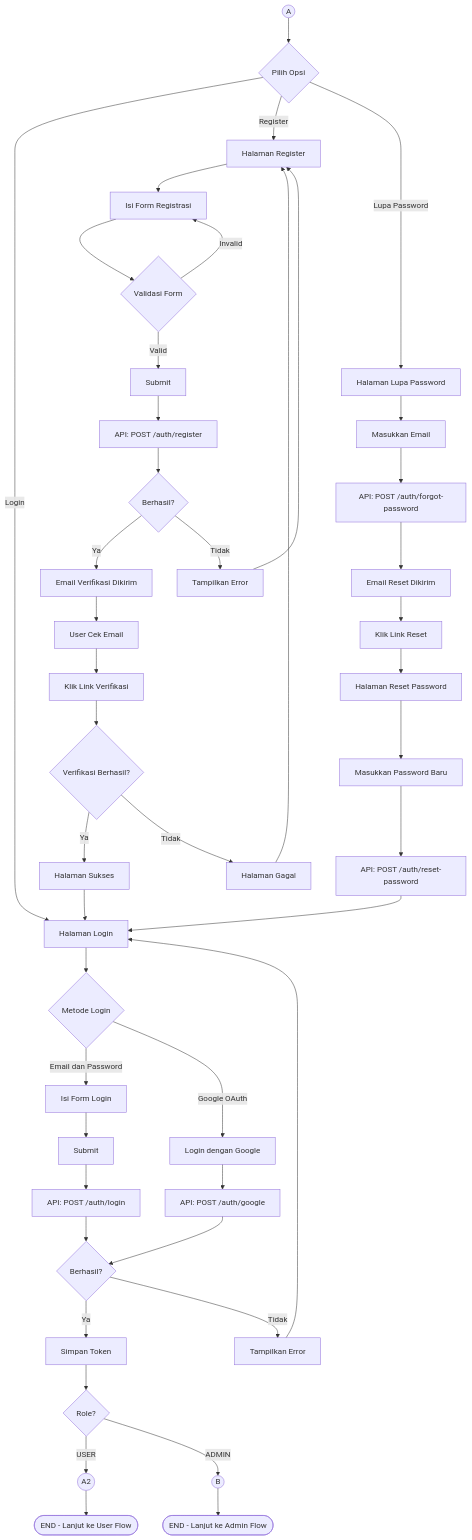
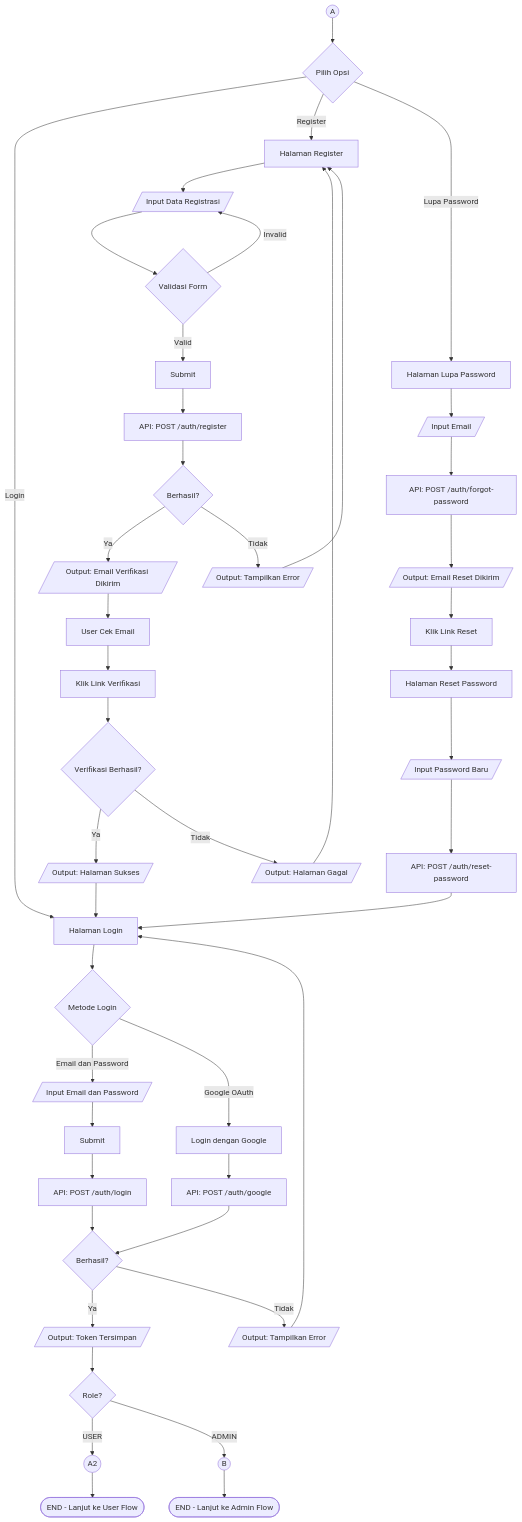
The second of 7 diagrams in FLOWCHART.md (Wannzh/greeceri-store-fe), drawn with Mermaid before and after one commit. The commit also changed other lines of this file and 9 other files, not shown here.

Commit message:
Edit Flowchart

````diff
--- a/FLOWCHART.md
+++ b/FLOWCHART.md
@@ -40,61 +40,61 @@
 ```mermaid
 flowchart TD
     AUTH_START((A)) --> AUTH_PAGE{Pilih Opsi}
 
     AUTH_PAGE -->|Login| LOGIN[Halaman Login]
     AUTH_PAGE -->|Register| REGISTER[Halaman Register]
     AUTH_PAGE -->|Lupa Password| FORGOT[Halaman Lupa Password]
 
     %% Login Flow
     LOGIN --> LOGIN_METHOD{Metode Login}
-    LOGIN_METHOD -->|Email dan Password| LOGIN_FORM[Isi Form Login]
+    LOGIN_METHOD -->|Email dan Password| LOGIN_FORM[/Input Email dan Password/]
     LOGIN_METHOD -->|Google OAuth| GOOGLE[Login dengan Google]
 
     LOGIN_FORM --> LOGIN_SUBMIT[Submit]
     LOGIN_SUBMIT --> LOGIN_API["API: POST /auth/login"]
     LOGIN_API --> LOGIN_CHECK{Berhasil?}
 
-    LOGIN_CHECK -->|Ya| SAVE_TOKEN[Simpan Token]
-    LOGIN_CHECK -->|Tidak| LOGIN_ERROR[Tampilkan Error]
+    LOGIN_CHECK -->|Ya| SAVE_TOKEN[/Output: Token Tersimpan/]
+    LOGIN_CHECK -->|Tidak| LOGIN_ERROR[/Output: Tampilkan Error/]
     LOGIN_ERROR --> LOGIN
 
     GOOGLE --> GOOGLE_API["API: POST /auth/google"]
     GOOGLE_API --> LOGIN_CHECK
 
     SAVE_TOKEN --> REDIRECT_ROLE{Role?}
     REDIRECT_ROLE -->|USER| TO_USER((A2))
     REDIRECT_ROLE -->|ADMIN| TO_ADMIN((B))
 
     %% Register Flow
-    REGISTER --> REG_FORM[Isi Form Registrasi]
+    REGISTER --> REG_FORM[/Input Data Registrasi/]
     REG_FORM --> REG_VALIDATE{Validasi Form}
     REG_VALIDATE -->|Valid| REG_SUBMIT[Submit]
     REG_VALIDATE -->|Invalid| REG_FORM
 
     REG_SUBMIT --> REG_API["API: POST /auth/register"]
     REG_API --> REG_CHECK{Berhasil?}
-    REG_CHECK -->|Ya| EMAIL_SENT[Email Verifikasi Dikirim]
-    REG_CHECK -->|Tidak| REG_ERROR[Tampilkan Error]
+    REG_CHECK -->|Ya| EMAIL_SENT[/Output: Email Verifikasi Dikirim/]
+    REG_CHECK -->|Tidak| REG_ERROR[/Output: Tampilkan Error/]
     REG_ERROR --> REGISTER
 
     EMAIL_SENT --> WAIT_VERIFY[User Cek Email]
     WAIT_VERIFY --> CLICK_LINK[Klik Link Verifikasi]
     CLICK_LINK --> VERIFY_CHECK{Verifikasi Berhasil?}
-    VERIFY_CHECK -->|Ya| VERIFY_SUCCESS[Halaman Sukses]
-    VERIFY_CHECK -->|Tidak| VERIFY_FAIL[Halaman Gagal]
+    VERIFY_CHECK -->|Ya| VERIFY_SUCCESS[/Output: Halaman Sukses/]
+    VERIFY_CHECK -->|Tidak| VERIFY_FAIL[/Output: Halaman Gagal/]
     VERIFY_SUCCESS --> LOGIN
     VERIFY_FAIL --> REGISTER
 
     %% Forgot Password Flow
-    FORGOT --> FORGOT_FORM[Masukkan Email]
+    FORGOT --> FORGOT_FORM[/Input Email/]
     FORGOT_FORM --> FORGOT_API["API: POST /auth/forgot-password"]
-    FORGOT_API --> RESET_EMAIL[Email Reset Dikirim]
+    FORGOT_API --> RESET_EMAIL[/Output: Email Reset Dikirim/]
     RESET_EMAIL --> CLICK_RESET[Klik Link Reset]
     CLICK_RESET --> RESET_PAGE[Halaman Reset Password]
-    RESET_PAGE --> NEW_PASS[Masukkan Password Baru]
+    RESET_PAGE --> NEW_PASS[/Input Password Baru/]
     NEW_PASS --> RESET_API["API: POST /auth/reset-password"]
     RESET_API --> LOGIN
 
     TO_USER --> END_AUTH([END - Lanjut ke User Flow])
     TO_ADMIN --> END_AUTH_ADMIN([END - Lanjut ke Admin Flow])
 ```
````
